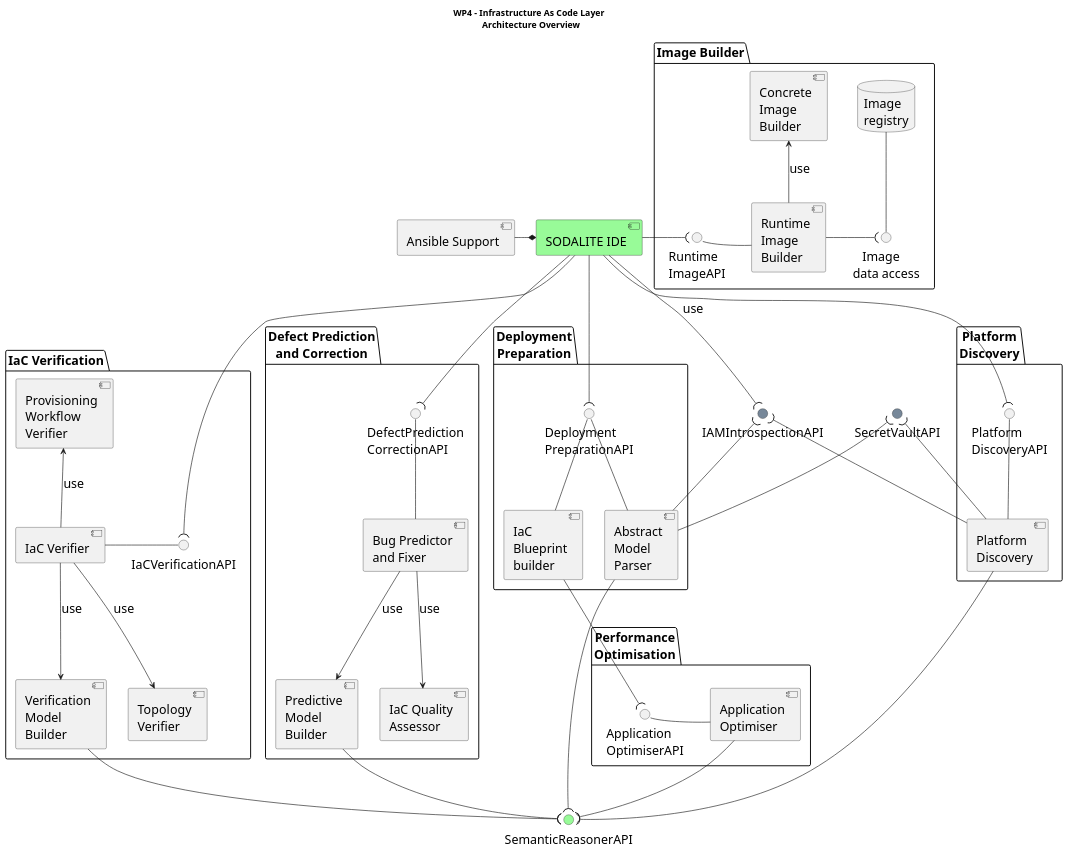
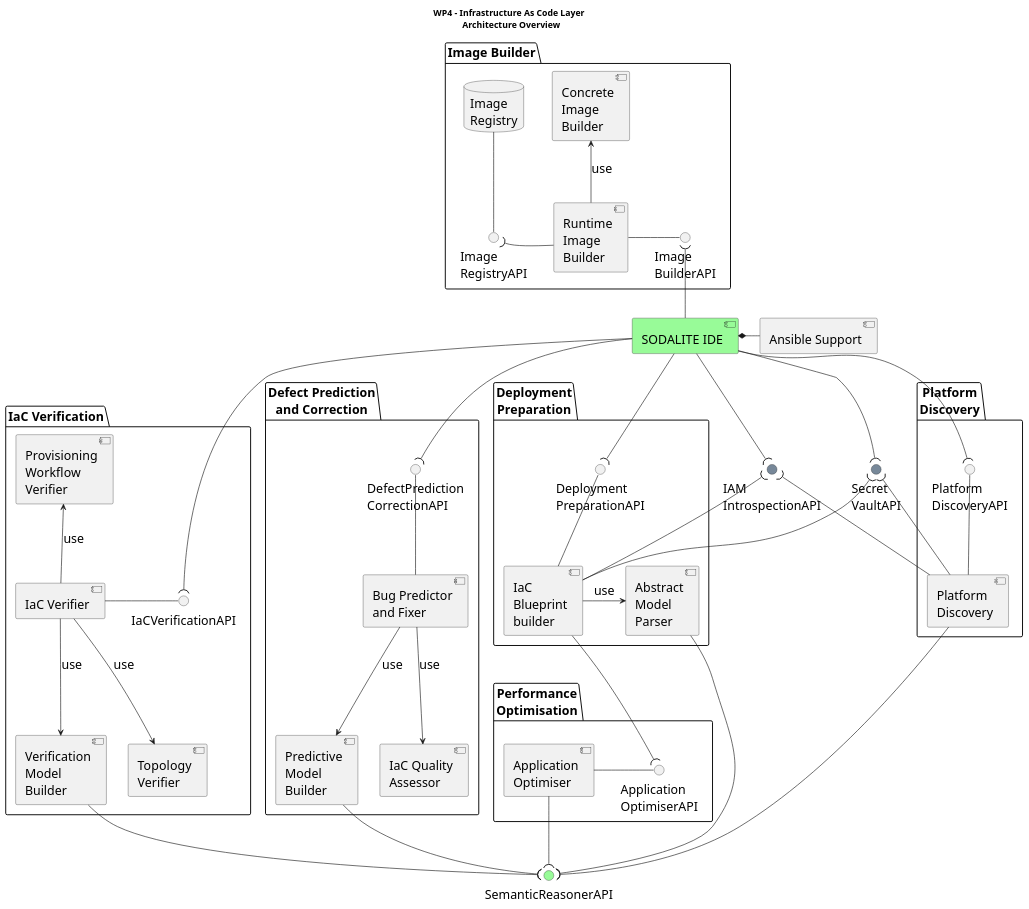
One commit to SODALITE-EU/project-wide-documentation changed the diagram in uml/component-diagrams/CD-WP4-ArchitectureOverview.puml. Above: the diagram before and after it, drawn with PlantUML.

Commit message:
Refactored DeploymentPreparation and usage IDE->VaultAPI

```diff
--- a/uml/component-diagrams/CD-WP4-ArchitectureOverview.puml
+++ b/uml/component-diagrams/CD-WP4-ArchitectureOverview.puml
@@ -1,96 +1,96 @@
 @startuml
 
 title WP4 - Infrastructure As Code Layer \n Architecture Overview
 
 skinparam fixCircleLabelOverlapping true 
 skinparam defaultFontSize 20
 
 'reference to WP3
 component "SODALITE IDE" as cSIDE #PaleGreen
 component "Ansible Support" as cAnsible
-cSIDE*-l-cAnsible
+cSIDE*-r-cAnsible
 
 
 'security APIs
 interface "SemanticReasonerAPI"  as repoEndpoint #PaleGreen
 
-interface "SecretVaultAPI" as VaultAPI #LightSlateGrey
-interface "IAMIntrospectionAPI" as iIAM #LightSlateGrey
+interface "Secret\nVaultAPI" as VaultAPI #LightSlateGrey
+interface "IAM\nIntrospectionAPI" as iIAM #LightSlateGrey
 
 'WP4 components and packages
 package "Deployment\nPreparation" as pDP {
     component [Abstract\nModel\nParser] as cAbstractModelParser
     component [IaC\nBlueprint\nbuilder] as cIaCBlueprintBuilder
+    cIaCBlueprintBuilder -r-> cAbstractModelParser:use
     interface "Deployment\nPreparationAPI"  as iBluePrintGeneratorAPI
-    cAbstractModelParser -u- iBluePrintGeneratorAPI
     cIaCBlueprintBuilder -u- iBluePrintGeneratorAPI    
 }
 
 package "Image Builder" {
     component [Runtime\nImage\nBuilder] as cRuntimeImageBuilder
     component [Concrete\nImage\nBuilder] as cConcreteImageBuilder
-    interface "Runtime\nImageAPI"  as iRuntimeImageBuilder
-    database "Image\nregistry" as dIR
-    interface "   Image\ndata access" as iIRDataAccess
-    cRuntimeImageBuilder -l- iRuntimeImageBuilder
+    interface "Image\nBuilderAPI"  as iRuntimeImageBuilder
+    database "Image\nRegistry" as dIR
+    interface "Image\nRegistryAPI" as iIRDataAccess
+    cRuntimeImageBuilder -r- iRuntimeImageBuilder
     cRuntimeImageBuilder -u-> cConcreteImageBuilder:use
     dIR -- iIRDataAccess
-    cRuntimeImageBuilder -r-( iIRDataAccess
+    cRuntimeImageBuilder -l-( iIRDataAccess
 }
 
 package "IaC Verification" as pIV {
     component [IaC Verifier] as cIaCVerifier
     interface "IaCVerificationAPI"  as iIaCVerifier
     cIaCVerifier -r- iIaCVerifier
     component [Verification\nModel\nBuilder] as cVerificationModelBuilder
     component [Topology\nVerifier] as cTopologyVerifier
     component [Provisioning\nWorkflow\nVerifier] as cProvisioningWorkflowVerifier
     cIaCVerifier -d-> cVerificationModelBuilder:use
     cIaCVerifier -d-> cTopologyVerifier:use
     cIaCVerifier -u-> cProvisioningWorkflowVerifier:use
 }
 
 package "Defect Prediction\nand Correction" as pDPC {
     component [Bug Predictor\nand Fixer ] as cBugPredictorAndFixer
     interface "DefectPrediction\nCorrectionAPI"  as iBugPredictorAndFixer
     cBugPredictorAndFixer -u- iBugPredictorAndFixer
     component [Predictive\nModel\nBuilder] as cPredictiveModelBuilder
     component [IaC Quality\nAssessor] as cIaCQualityAssessor
     cBugPredictorAndFixer --> cIaCQualityAssessor:use
     cBugPredictorAndFixer --> cPredictiveModelBuilder:use
 }
 
 package "Performance\nOptimisation" as packagePO {
     component "Application\nOptimiser" as cApplicationOptimiser
     interface "Application\nOptimiserAPI"  as iApplicationOptimiser
-    cApplicationOptimiser -l- iApplicationOptimiser
+    cApplicationOptimiser -r- iApplicationOptimiser
 }
 
 
 package "Platform\nDiscovery" as packagePD {
     component "Platform\nDiscovery" as cPlatformDiscovery
     interface "Platform\nDiscoveryAPI"  as iPlatformDiscovery
     cPlatformDiscovery -u- iPlatformDiscovery
 }
 
 cAbstractModelParser -d-( repoEndpoint
 cSIDE -d-( iBluePrintGeneratorAPI
 cSIDE -d-( iIaCVerifier
 cSIDE -d-( iBugPredictorAndFixer
 cSIDE -d-( iPlatformDiscovery
-cSIDE -d-( iIAM:use
-'cSIDE -( VaultAPI:use
+cSIDE -d-( iIAM
+cSIDE -d-( VaultAPI
 
 cIaCBlueprintBuilder -d-( iApplicationOptimiser
-cSIDE -( iRuntimeImageBuilder
+cSIDE -u-( iRuntimeImageBuilder
 
 cPredictiveModelBuilder -d-( repoEndpoint
 cVerificationModelBuilder -d-( repoEndpoint
 cApplicationOptimiser -d-( repoEndpoint
 cPlatformDiscovery -d-( repoEndpoint
 
 cPlatformDiscovery -u-( iIAM
 cPlatformDiscovery -u-( VaultAPI
-cAbstractModelParser -u-( iIAM
-cAbstractModelParser -u-( VaultAPI
+cIaCBlueprintBuilder -u-( iIAM
+cIaCBlueprintBuilder -u-( VaultAPI
 @enduml
```
